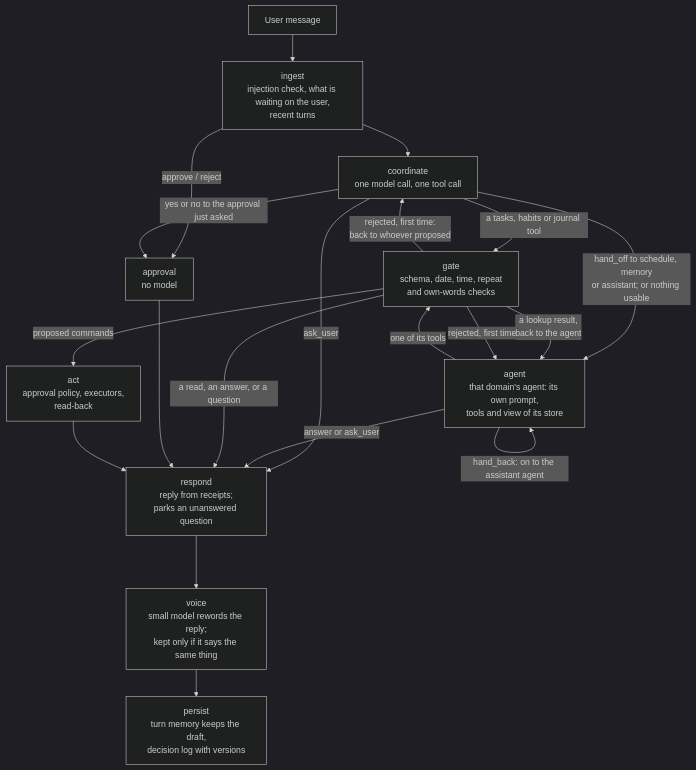
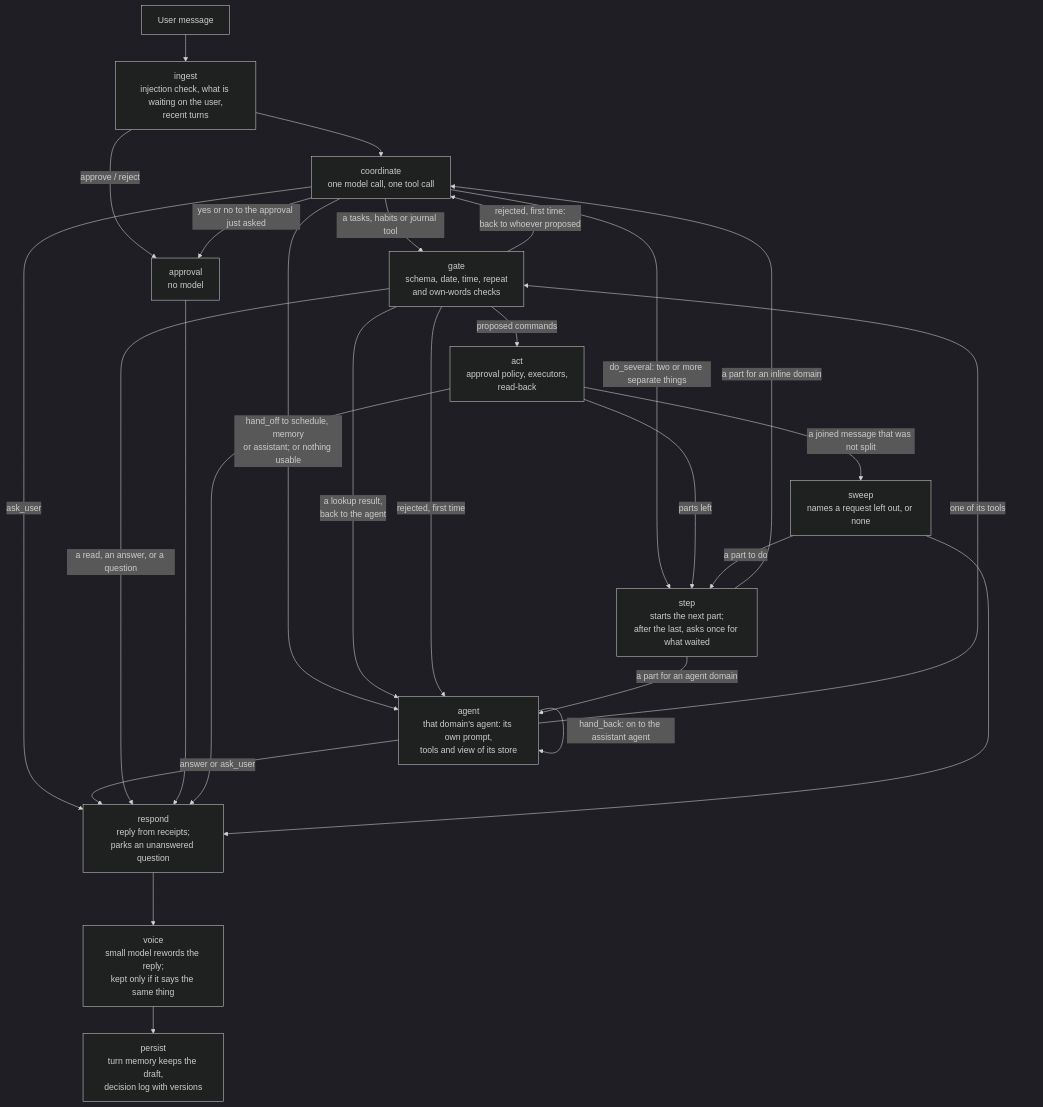
One commit to JefferyLiu6/Kairo changed the third of 10 diagrams in ARCHITECTURE.md. Above: the diagram before and after it, drawn with Mermaid (dark theme). The commit also changed other lines of this file and 27 other files, not shown here.

First line of the commit message:
Plan multi-part messages, pick tasks by id, sweep for a request left out

````diff
--- a/ARCHITECTURE.md
+++ b/ARCHITECTURE.md
@@ -157,22 +157,29 @@
 ```mermaid
 flowchart TD
     A["User message"] --> ING["ingest<br/>injection check, what is waiting on the user,<br/>recent turns"]
     ING -->|"approve / reject"| APP["approval<br/>no model"]
     ING --> CO["coordinate<br/>one model call, one tool call"]
     CO -->|"a tasks, habits or journal tool"| G["gate<br/>schema, date, time, repeat<br/>and own-words checks"]
     CO -->|"hand_off to schedule, memory<br/>or assistant; or nothing usable"| AG["agent<br/>that domain's agent: its own prompt,<br/>tools and view of its store"]
     CO -->|"yes or no to the approval just asked"| APP
     CO -->|"ask_user"| R
     AG -->|"one of its tools"| G
     AG -->|"answer or ask_user"| R
     AG -->|"hand_back: on to the assistant agent"| AG
     G -->|"a lookup result,<br/>back to the agent"| AG
     G -->|"rejected, first time:<br/>back to whoever proposed"| CO
     G -->|"rejected, first time"| AG
     G -->|"proposed commands"| ACT["act<br/>approval policy, executors,<br/>read-back"]
     G -->|"a read, an answer, or a question"| R["respond<br/>reply from receipts;<br/>parks an unanswered question"]
     APP --> R
     ACT --> R
+    CO -->|"do_several: two or more separate things"| ST["step<br/>starts the next part;<br/>after the last, asks once for what waited"]
+    ST -->|"a part for an inline domain"| CO
+    ST -->|"a part for an agent domain"| AG
+    ACT -->|"parts left"| ST
+    ACT -->|"a joined message that was not split"| SW["sweep<br/>names a request left out, or none"]
+    SW -->|"a part to do"| ST
+    SW --> R
     R --> V["voice<br/>small model rewords the reply;<br/>kept only if it says the same thing"]
     V --> P["persist<br/>turn memory keeps the draft,<br/>decision log with versions"]
 ```
````
